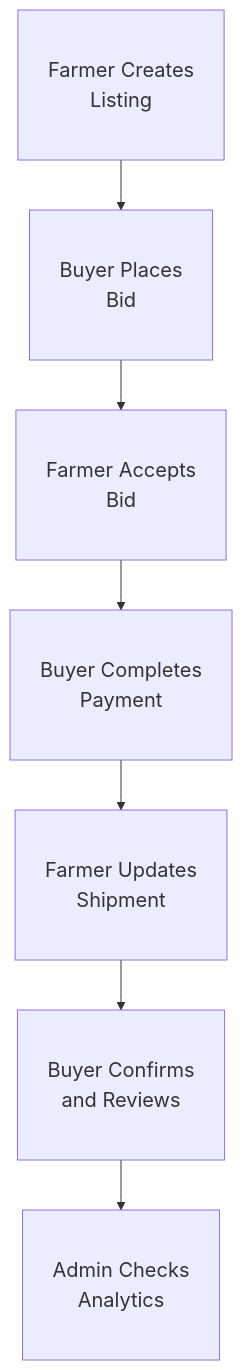
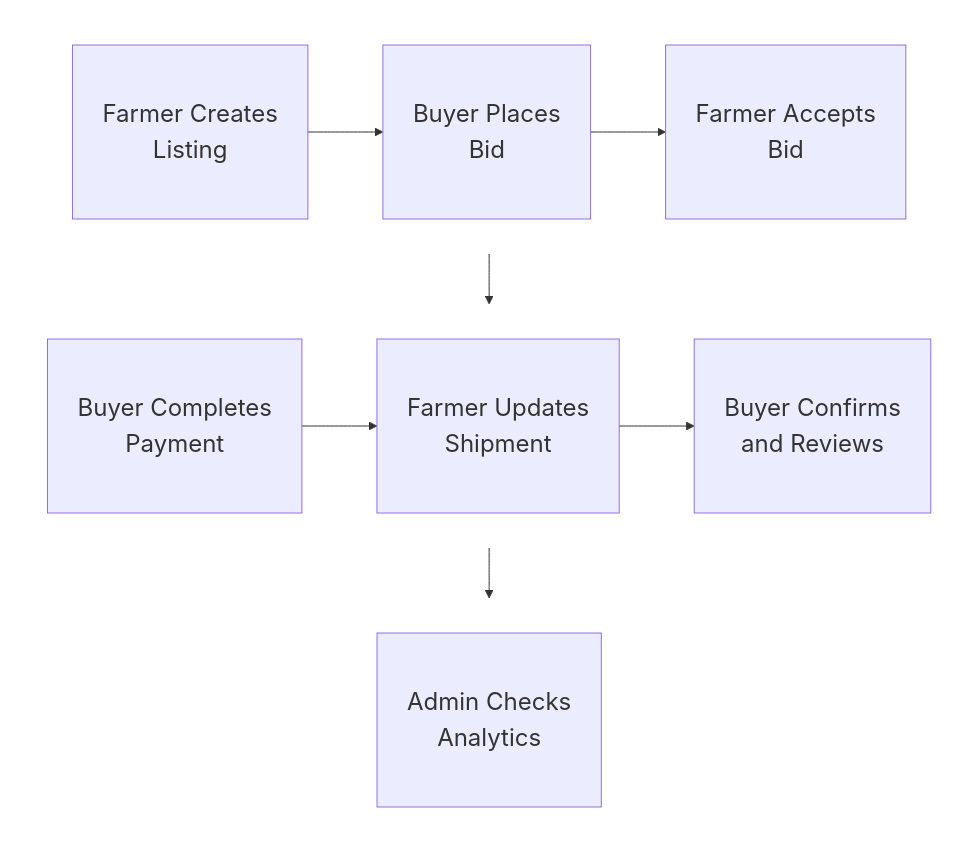
Before and after one commit to tareqferdous/agrolink-frontend: the fourth of 4 diagrams in README.md, drawn with Mermaid. The commit also changed other lines of this file, not shown here.

Commit message:
fix: update flow diagrams in readme files

````diff
--- a/README.md
+++ b/README.md
@@ -81,14 +124,29 @@
 ```mermaid
-%%{init: {"themeVariables": {"fontSize": "20px"}}}%%
+%%{init: {"themeVariables": {"fontSize": "24px"}}}%%
 flowchart TB
-	classDef big font-size:20px,padding:16px;
+	classDef big font-size:24px,padding:20px;
 
-	D1[Farmer Creates<br/>Listing] --> D2[Buyer Places<br/>Bid]
-	D2 --> D3[Farmer Accepts<br/>Bid]
-	D3 --> D4[Buyer Completes<br/>Payment]
-	D4 --> D5[Farmer Updates<br/>Shipment]
-	D5 --> D6[Buyer Confirms<br/>and Reviews]
-	D6 --> D7[Admin Checks<br/>Analytics]
+	subgraph DRow1[" "]
+		direction LR
+		D1[Farmer Creates<br/>Listing] --> D2[Buyer Places<br/>Bid] --> D3[Farmer Accepts<br/>Bid]
+	end
+
+	subgraph DRow2[" "]
+		direction LR
+		D4[Buyer Completes<br/>Payment] --> D5[Farmer Updates<br/>Shipment] --> D6[Buyer Confirms<br/>and Reviews]
+	end
+
+	subgraph DRow3[" "]
+		direction LR
+		D7[Admin Checks<br/>Analytics]
+	end
+
+	D3 --> D4
+	D6 --> D7
+
+	style DRow1 fill:transparent,stroke:transparent;
+	style DRow2 fill:transparent,stroke:transparent;
+	style DRow3 fill:transparent,stroke:transparent;
 
 	class D1,D2,D3,D4,D5,D6,D7 big;
 ```
````
